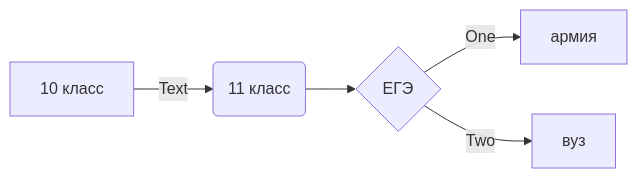
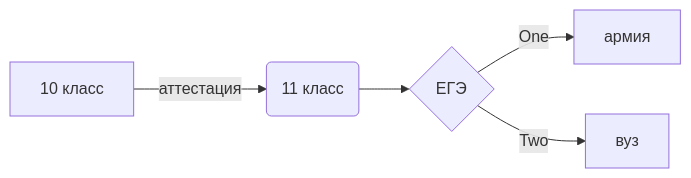
One commit to AndreDem135/FirstRepository changed the diagram in README.md. Above: the diagram before and after it, drawn with Mermaid.

````diff
--- a/README.md
+++ b/README.md
@@ -52,8 +52,8 @@
 ```mermaid
 flowchart LR
 
-A[10 класс] -->|Text| B(11 класс)
+A[10 класс] -->|аттестация| B(11 класс)
 B --> C{ЕГЭ}
 C -->|One| D[армия]
 C -->|Two| E[вуз]
 ```
````
